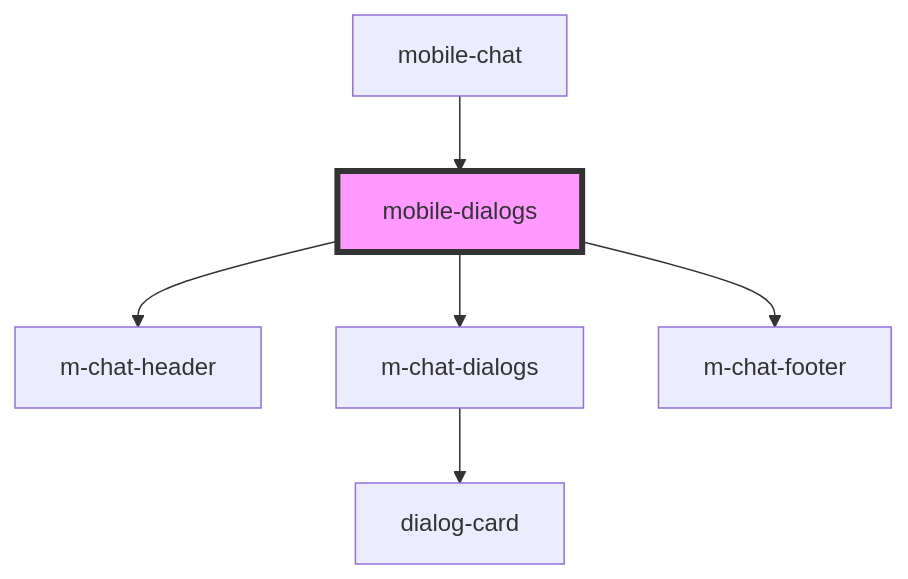
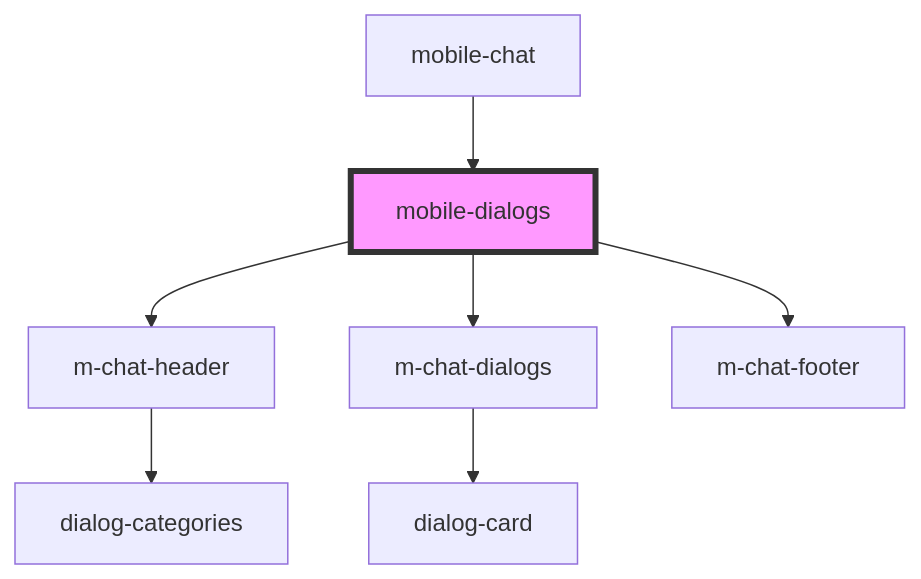
Before and after one commit to saqhan/stencil-chat: the diagram in src/components/mobile/mobile-chat/res/view/mobile-dialogs/readme.md, drawn with Mermaid. The commit also changed 24 other files, not shown here.

````diff
--- a/src/components/mobile/mobile-chat/res/view/mobile-dialogs/readme.md
+++ b/src/components/mobile/mobile-chat/res/view/mobile-dialogs/readme.md
@@ -38,9 +38,10 @@
 ```mermaid
 graph TD;
   mobile-dialogs --> m-chat-header
   mobile-dialogs --> m-chat-dialogs
   mobile-dialogs --> m-chat-footer
+  m-chat-header --> dialog-categories
   m-chat-dialogs --> dialog-card
   mobile-chat --> mobile-dialogs
   style mobile-dialogs fill:#f9f,stroke:#333,stroke-width:4px
 ```
````
